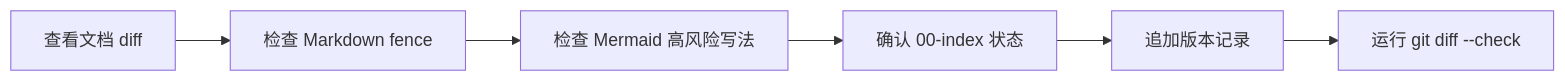
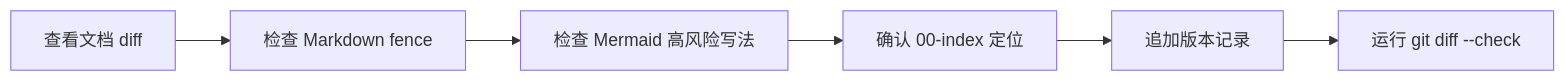
The seventh of 7 diagrams in Docs/design/11-DocumentationCompletionPlan.md (Kurumioi/AbilityKit), drawn with Mermaid before and after one commit. The commit also changed other lines of this file and 112 other files, not shown here.

````diff
--- a/Docs/design/11-DocumentationCompletionPlan.md
+++ b/Docs/design/11-DocumentationCompletionPlan.md
@@ -355,8 +355,8 @@
 ```mermaid
 flowchart LR
     Diff[查看文档 diff] --> Fence[检查 Markdown fence]
     Fence --> Mermaid[检查 Mermaid 高风险写法]
-    Mermaid --> Index[确认 00-index 状态]
+    Mermaid --> Index[确认 00-index 定位]
     Index --> Version[追加版本记录]
     Version --> Whitespace[运行 git diff --check]
 ```
````
